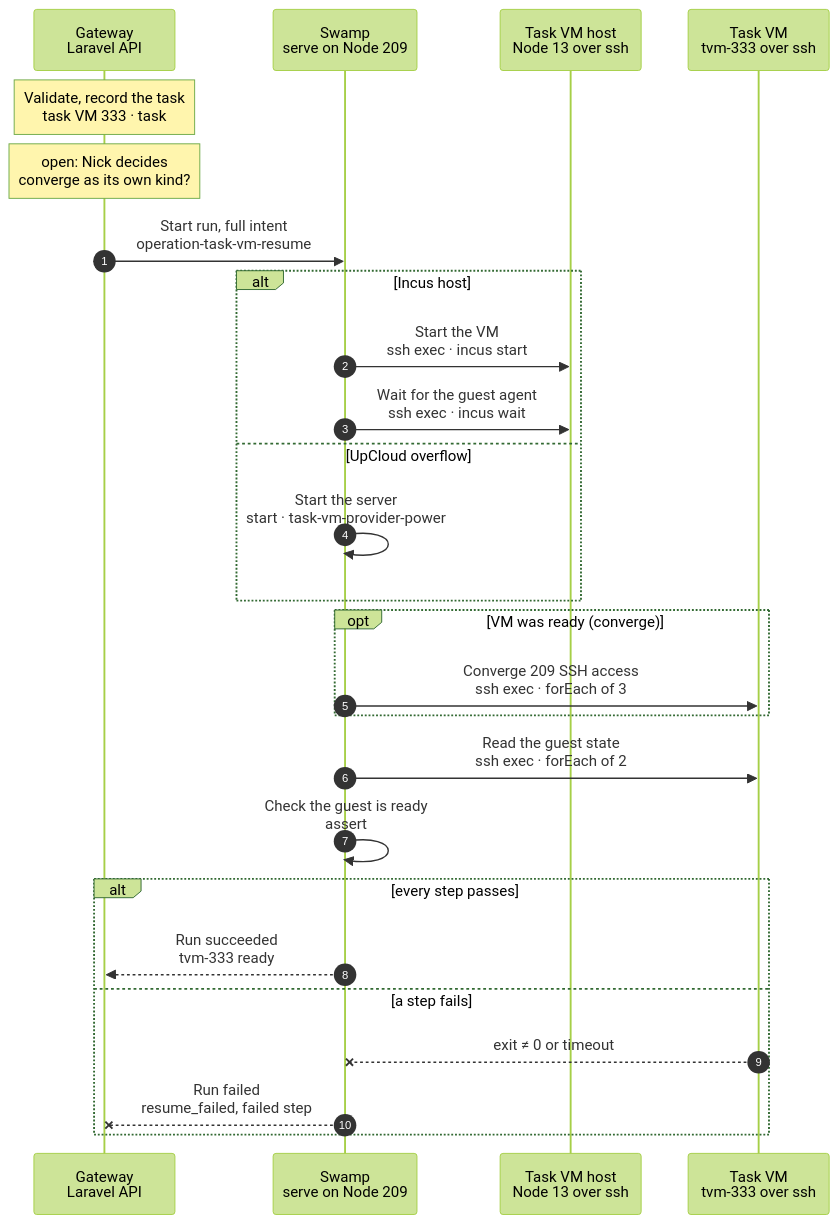
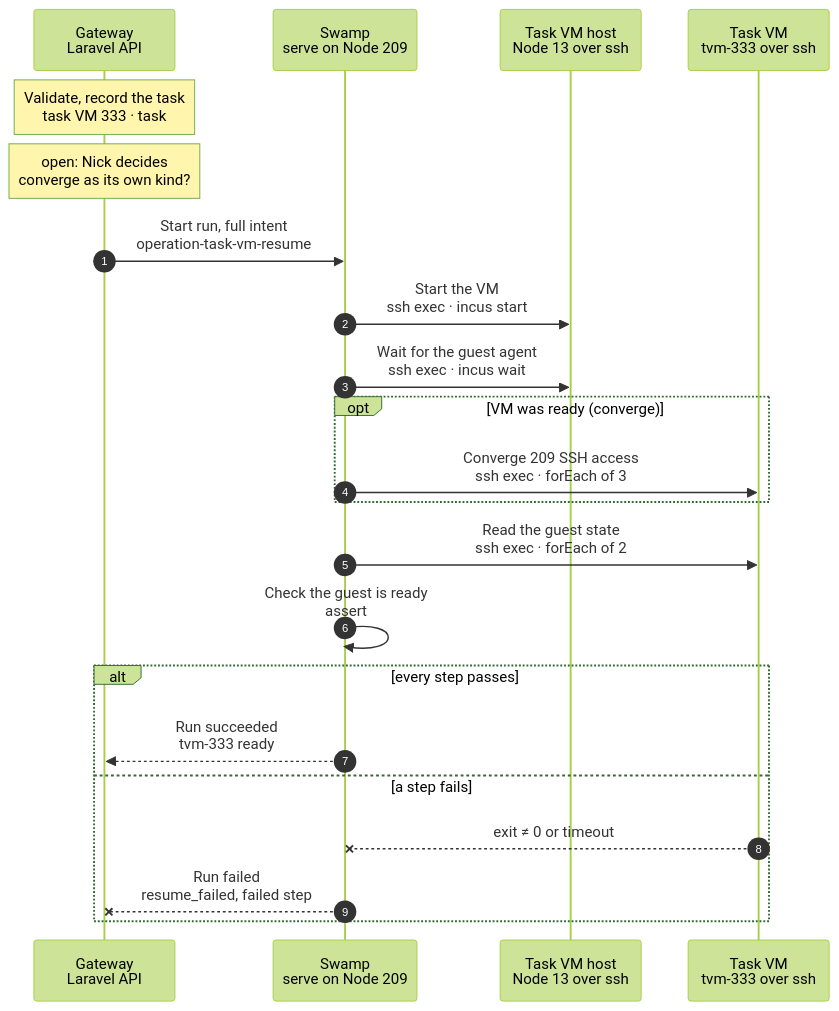
One commit to hardimpactdev/orbit changed the diagram in docs/cli/tasks/vm-resume.mmd. Above: the diagram before and after it, drawn with Mermaid (forest theme). The commit also changed 30 other files, not shown here.

Commit message:
docs: retire UpCloud task VM support

```diff
--- a/docs/cli/tasks/vm-resume.mmd
+++ b/docs/cli/tasks/vm-resume.mmd
@@ -1,81 +1,75 @@
 sequenceDiagram
-  %% Target design: swamp/workflows/workflow-operation-task-vm-resume.yaml (+ task-vm-provider-power for UpCloud), docs/reference/compute-drivers.md, docs/reference/tasks.md, DECISIONS R1-R4.
+  %% Target design: swamp/workflows/workflow-operation-task-vm-resume.yaml, docs/reference/compute-drivers.md, docs/reference/tasks.md, DECISIONS R1-R4.
   %% Tightened: flow-tighten 2026-11-02 (second pass), rules 22 (start and the agent wait are two commands, so two pinned exec steps; no provider-power child for Incus), 16 (no read before the start: a VM that already runs counts as started, and the agent wait proves it), 9 (one read of the agent and the Pi, one native `assert`), 14 (no `result` print; the Gateway reads the step statuses, and the recorded host key pin stays), 15 (no `eligible` assert: the Gateway refuses an ineligible VM at dispatch), 2 (resume no longer runs the SSH preparation child; package and host keys stay with provision).
   %% status: draft
   %% command: none · a workspace operation wakes the VM
   %% kind: task_vm.resume
   autonumber
   %% lane GW icon=gateway pill=intent tone=blue
   %% lane SW icon=workflow pill=executes tone=green
   %% lane H icon=server pill=target tone=amber
   %% lane VM icon=server pill=target tone=purple
   participant GW as Gateway<br/>Laravel API
   participant SW as Swamp<br/>serve on Node 209
   participant H as Task VM host<br/>Node 13 over ssh
   participant VM as Task VM<br/>tvm-333 over ssh
   Note over GW: Validate, record the task<br/>task VM 333 · task #5181 · Node 13
   %%> Started by:
   %%> - `WakeTaskVmAction`, when a workspace operation needs parked VM 333 or finds a `ready` VM stopped
   %%> - the operator command `task-vms:resume 333` on the Gateway; there is no orbit CLI command
   %%> Requirements:
   %%> - task VM 333 is `parked`, or `ready` for a convergence; its guest Node has a recorded host key
   %%> - no other task holds `task_vm:333`; a repeated admission returns the same open task
   %%> Result:
   %%> - task #5181 records the host, the VM, guest Node 340, its recorded host key pin and mode `resume` or `converge`
-  %%> - clears the stop proof; for UpCloud, a vault copy of the API token
+  %%> - clears the stop proof
   Note over GW: open: Nick decides<br/>converge as its own kind?
   %%> Why:
   %%> - convergence of a running VM shares this kind today; it is not a resume
   GW->>SW: Start run, full intent<br/>operation-task-vm-resume
   %%> What it does:
   %%> - starts one Swamp run on serve (Node 209)
   %%> Inputs:
   %%> - the intent and `execution_secrets` as vault key names
   %%> - the Gateway refuses a VM that left its admitted state at dispatch; no `eligible` assert re-checks it (rule 15)
-  alt Incus host
     SW->>H: Start the VM<br/>ssh exec · incus start
     %%> How:
     %%> - one pinned `@swamp/ssh exec` argv: `sudo timeout 60 incus start --project orbit-tasks -- tvm-333`
     %%> - a VM that already runs counts as started; the next step proves it (rule 16)
     SW->>H: Wait for the guest agent<br/>ssh exec · incus wait
     %%> How:
     %%> - `sudo timeout 130 incus wait --project orbit-tasks tvm-333 agent --timeout 120`: Incus's own bounded wait
-  else UpCloud overflow
-    SW->>SW: Start the server<br/>start · task-vm-provider-power
-    %%> How:
-    %%> - the API start from 209 with the token from the vault, then one bounded observation
-  end
   opt VM was ready (converge)
     SW->>VM: Converge 209 SSH access<br/>ssh exec · forEach of 3
     %%> When:
     %%> - mode `converge`; a parked VM kept its SSH access on its disk, so a resume skips this (rule 1)
     %%> What it does:
-    %%> - one exec each, through `incus exec` on the host or the pinned guest SSH on UpCloud: 209's authorized key, the TCP 22 rule for 209 and `sshd`
+    %%> - one exec each, through `incus exec` on the host: 209's authorized key, the TCP 22 rule for 209 and `sshd`
   end
   SW->>VM: Read the guest state<br/>ssh exec · forEach of 2
   %%> What it does:
   %%> - two pinned execs over WireGuard with the recorded host key: `systemctl is-active orbit-agent`, and the Pi capabilities with the Pi token file
   %%> Not included:
   %%> - the Pi build digest check: the parked disk holds the build that provision proved (rule 1)
   SW->>SW: Check the guest is ready<br/>assert
   %%> End check:
   %%> - a native `assert`: the agent is `active` and the Pi answered
   alt every step passes
     SW-->>GW: Run succeeded<br/>tvm-333 ready
     %%> How the Gateway learns it:
     %%> - its run reader sees the terminal event and reads the run once
     %%> Result:
     %%> - task VM 333 is `ready`; the waiting workspace operation goes on
     %%> - task #5181 succeeds
   else a step fails
     VM--xSW: exit ≠ 0 or timeout
     %%> When:
     %%> - the VM does not start within 120 seconds, or the agent or Pi does not answer
     SW--xGW: Run failed<br/>resume_failed, failed step
     %%> Result:
     %%> - task #5181 fails with `task_vm.resume_failed`; a parked VM 333 becomes `failed` with the error
     %%> On the Node:
     %%> - the VM may stay running; there is no rollback
     %%> Retry:
     %%> - a failed VM stays final; the group asks for assistance, and `tasks:cancel` destroys the VM
   end
```
